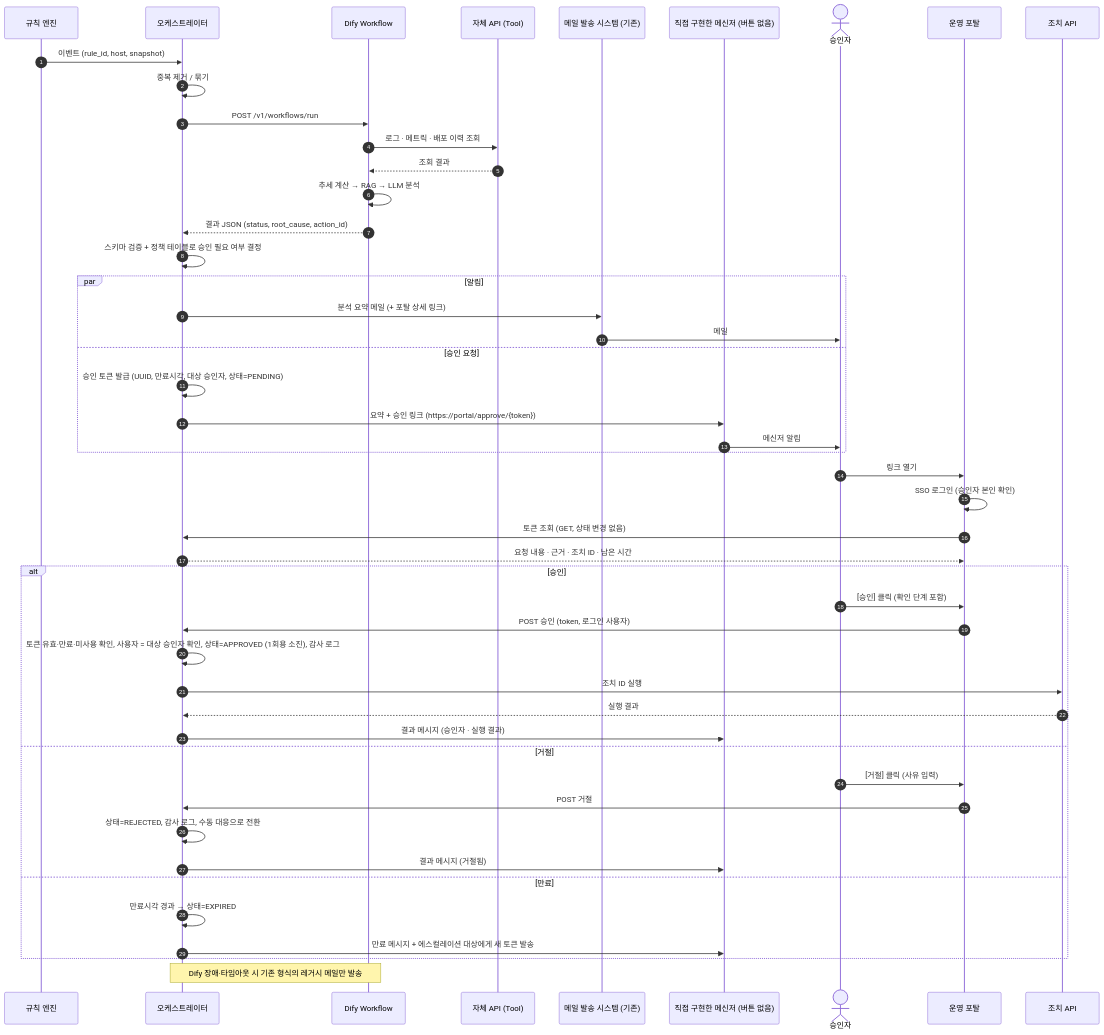
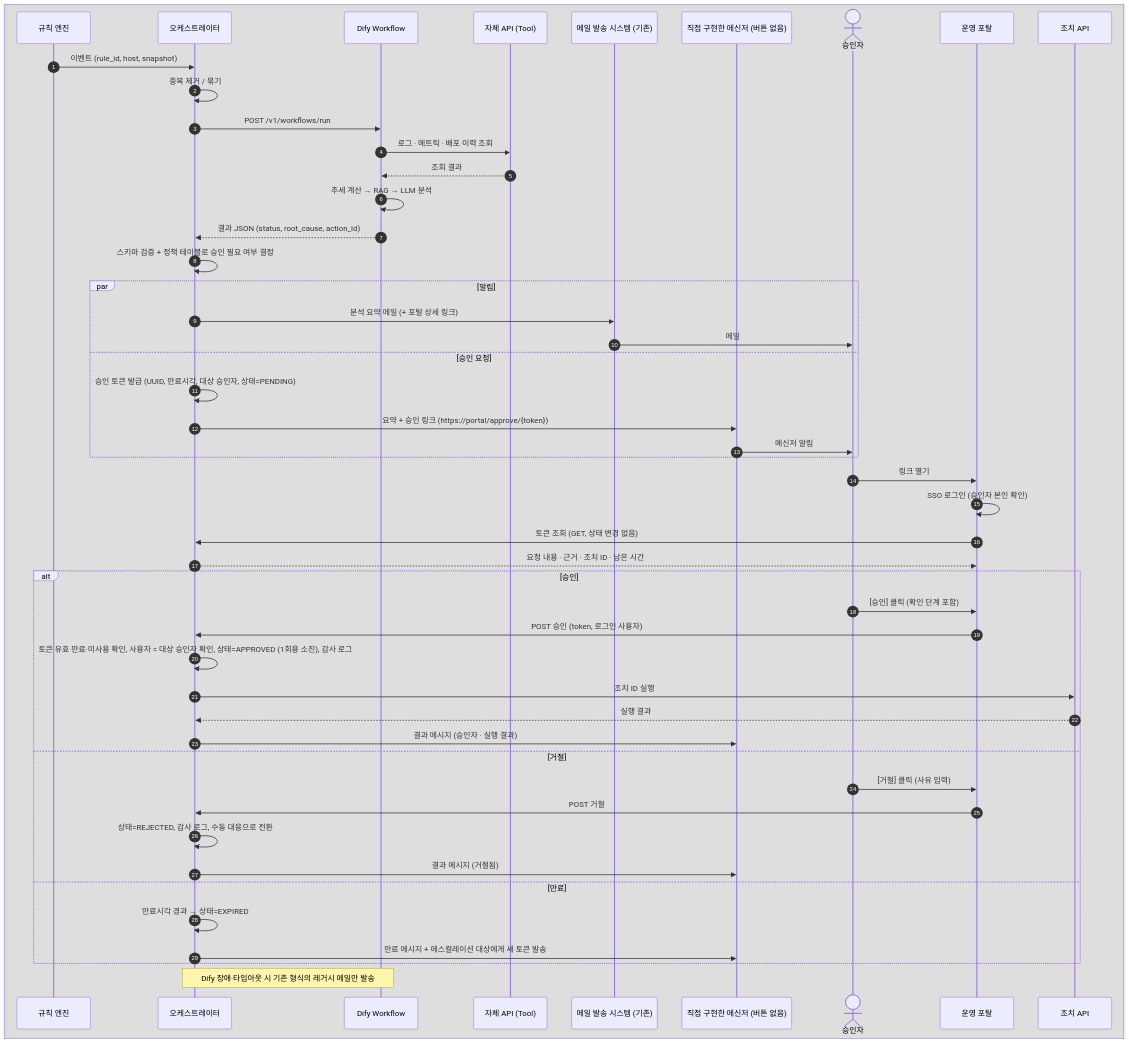
One commit to kongrtan/zt9k39pm2e changed the third of 4 diagrams in docs/01_architecture.md. Above: the diagram before and after it, drawn with Mermaid. The commit also changed 1 other file, not shown here.

Commit message:
test test

````diff
--- a/docs/01_architecture.md
+++ b/docs/01_architecture.md
@@ -124,51 +124,53 @@
 ```mermaid
 sequenceDiagram
     autonumber
-    participant R as 규칙 엔진
-    participant O as 오케스트레이터
-    participant D as Dify Workflow
-    participant API as 자체 API (Tool)
-    participant N as 메일 발송 시스템 (기존)
-    participant M as 직접 구현한 메신저 (버튼 없음)
-    actor A as 승인자
-    participant P as 운영 포탈
-    participant X as 조치 API
+    box rgba(128,128,128,0.18)
+        participant R as 규칙 엔진
+        participant O as 오케스트레이터
+        participant D as Dify Workflow
+        participant API as 자체 API (Tool)
+        participant N as 메일 발송 시스템 (기존)
+        participant M as 직접 구현한 메신저 (버튼 없음)
+        actor A as 승인자
+        participant P as 운영 포탈
+        participant X as 조치 API
+    end
 
     R->>O: 이벤트 (rule_id, host, snapshot)
     O->>O: 중복 제거 / 묶기
     O->>D: POST /v1/workflows/run
     D->>API: 로그 · 메트릭 · 배포 이력 조회
     API-->>D: 조회 결과
     D->>D: 추세 계산 → RAG → LLM 분석
     D-->>O: 결과 JSON (status, root_cause, action_id)
     O->>O: 스키마 검증 + 정책 테이블로 승인 필요 여부 결정
     par 알림
         O->>N: 분석 요약 메일 (+ 포탈 상세 링크)
         N->>A: 메일
     and 승인 요청
         O->>O: 승인 토큰 발급 (UUID, 만료시각, 대상 승인자, 상태=PENDING)
         O->>M: 요약 + 승인 링크 (https://portal/approve/{token})
         M->>A: 메신저 알림
     end
     A->>P: 링크 열기
     P->>P: SSO 로그인 (승인자 본인 확인)
     P->>O: 토큰 조회 (GET, 상태 변경 없음)
     O-->>P: 요청 내용 · 근거 · 조치 ID · 남은 시간
     alt 승인
         A->>P: [승인] 클릭 (확인 단계 포함)
         P->>O: POST 승인 (token, 로그인 사용자)
         O->>O: 토큰 유효·만료·미사용 확인, 사용자 = 대상 승인자 확인, 상태=APPROVED (1회용 소진), 감사 로그
         O->>X: 조치 ID 실행
         X-->>O: 실행 결과
         O->>M: 결과 메시지 (승인자 · 실행 결과)
     else 거절
         A->>P: [거절] 클릭 (사유 입력)
         P->>O: POST 거절
         O->>O: 상태=REJECTED, 감사 로그, 수동 대응으로 전환
         O->>M: 결과 메시지 (거절됨)
     else 만료
         O->>O: 만료시각 경과 → 상태=EXPIRED
         O->>M: 만료 메시지 + 에스컬레이션 대상에게 새 토큰 발송
     end
     Note over O,D: Dify 장애·타임아웃 시 기존 형식의 레거시 메일만 발송
 ```
````
